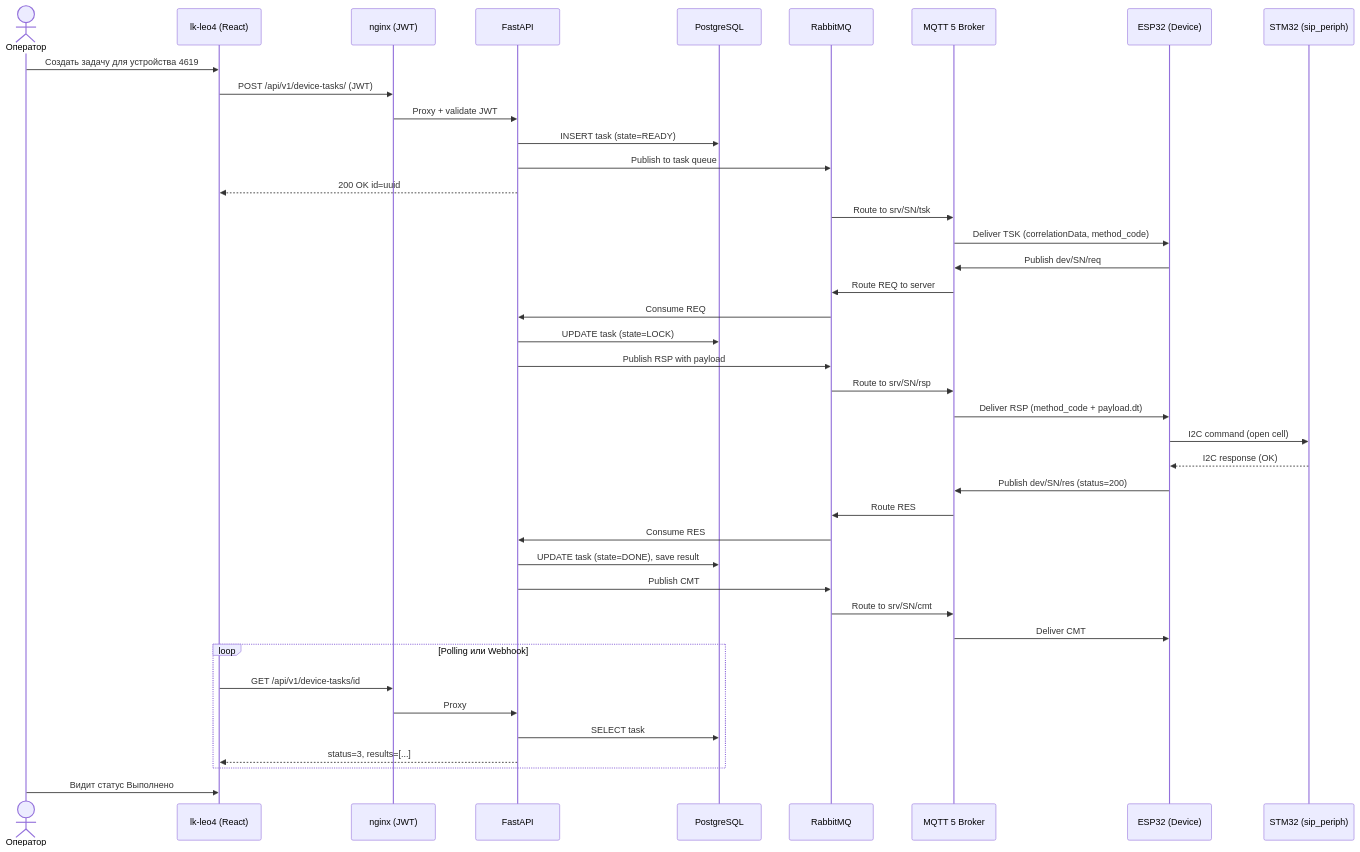
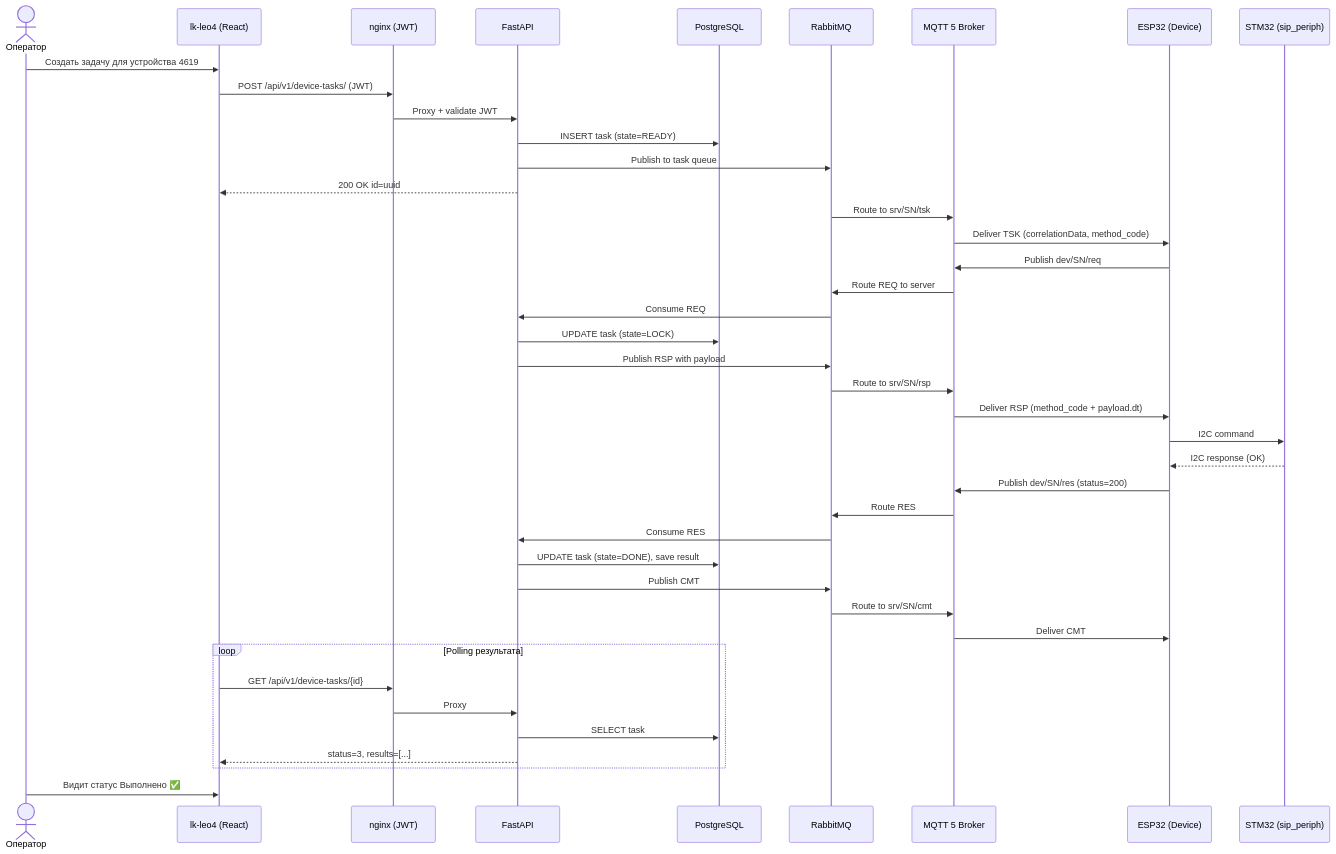
Before and after one commit to OlegLebedevRU/iot-rpc-rest-app: diagram 11 of 11 in docs/solution-presentation.md, drawn with Mermaid. The commit also changed other lines of this file, not shown here.

````diff
--- a/docs/solution-presentation.md
+++ b/docs/solution-presentation.md
@@ -497,49 +658,49 @@
 ```mermaid
 sequenceDiagram
     actor User as Оператор
     participant LK as lk-leo4 (React)
     participant NGINX as nginx (JWT)
     participant API as FastAPI
     participant PG as PostgreSQL
     participant RMQ as RabbitMQ
     participant MQTT as MQTT 5 Broker
     participant ESP as ESP32 (Device)
     participant STM as STM32 (sip_periph)
 
     User->>LK: Создать задачу для устройства 4619
     LK->>NGINX: POST /api/v1/device-tasks/ (JWT)
     NGINX->>API: Proxy + validate JWT
     API->>PG: INSERT task (state=READY)
     API->>RMQ: Publish to task queue
     API-->>LK: 200 OK id=uuid
 
     RMQ->>MQTT: Route to srv/SN/tsk
     MQTT->>ESP: Deliver TSK (correlationData, method_code)
     ESP->>MQTT: Publish dev/SN/req
     MQTT->>RMQ: Route REQ to server
     RMQ->>API: Consume REQ
     API->>PG: UPDATE task (state=LOCK)
     API->>RMQ: Publish RSP with payload
     RMQ->>MQTT: Route to srv/SN/rsp
     MQTT->>ESP: Deliver RSP (method_code + payload.dt)
 
-    ESP->>STM: I2C command (open cell)
+    ESP->>STM: I2C command
     STM-->>ESP: I2C response (OK)
 
     ESP->>MQTT: Publish dev/SN/res (status=200)
     MQTT->>RMQ: Route RES
     RMQ->>API: Consume RES
     API->>PG: UPDATE task (state=DONE), save result
     API->>RMQ: Publish CMT
     RMQ->>MQTT: Route to srv/SN/cmt
     MQTT->>ESP: Deliver CMT
 
-    loop Polling или Webhook
-        LK->>NGINX: GET /api/v1/device-tasks/id
+    loop Polling результата
+        LK->>NGINX: GET /api/v1/device-tasks/{id}
         NGINX->>API: Proxy
         API->>PG: SELECT task
         API-->>LK: status=3, results=[...]
     end
 
-    User->>LK: Видит статус Выполнено
+    User->>LK: Видит статус Выполнено ✅
 ```
````
